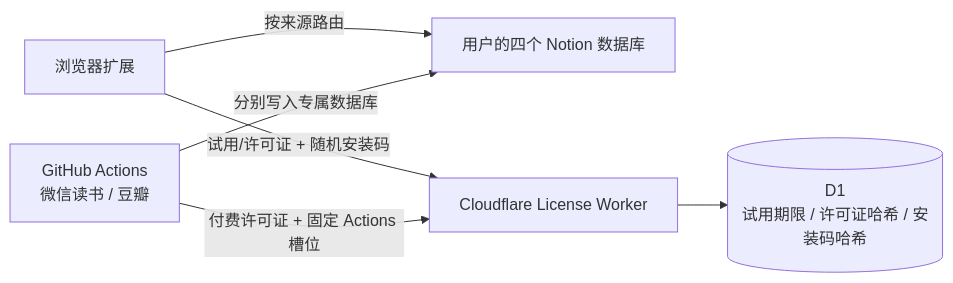
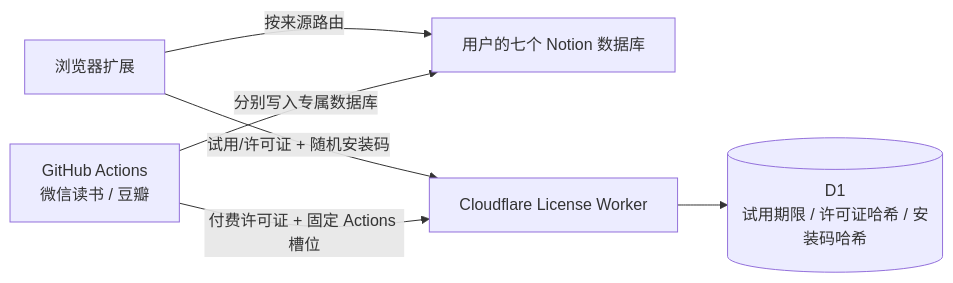
Before and after one commit to zengyincen/TunNest: the diagram in docs/architecture.md, drawn with Mermaid. The commit also changed other lines of this file and 19 other files, not shown here.

````diff
--- a/docs/architecture.md
+++ b/docs/architecture.md
@@ -3,8 +3,8 @@
 ```mermaid
 flowchart LR
-  B["浏览器扩展"] -->|"按来源路由"| N["用户的四个 Notion 数据库"]
+  B["浏览器扩展"] -->|"按来源路由"| N["用户的七个 Notion 数据库"]
   G["GitHub Actions\n微信读书 / 豆瓣"] -->|"分别写入专属数据库"| N
   B -->|"试用/许可证 + 随机安装码"| L["Cloudflare License Worker"]
   G -->|"付费许可证 + 固定 Actions 槽位"| L
   L --> D[("D1\n试用期限 / 许可证哈希 / 安装码哈希")]
 ```
````
